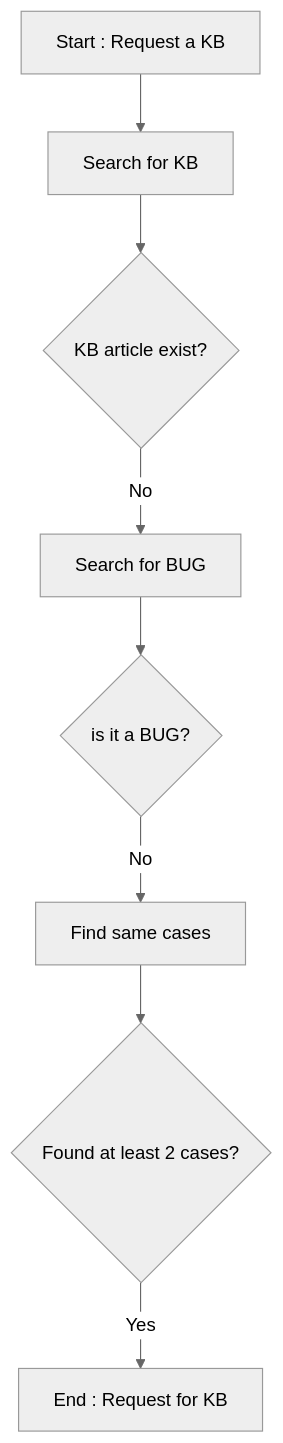
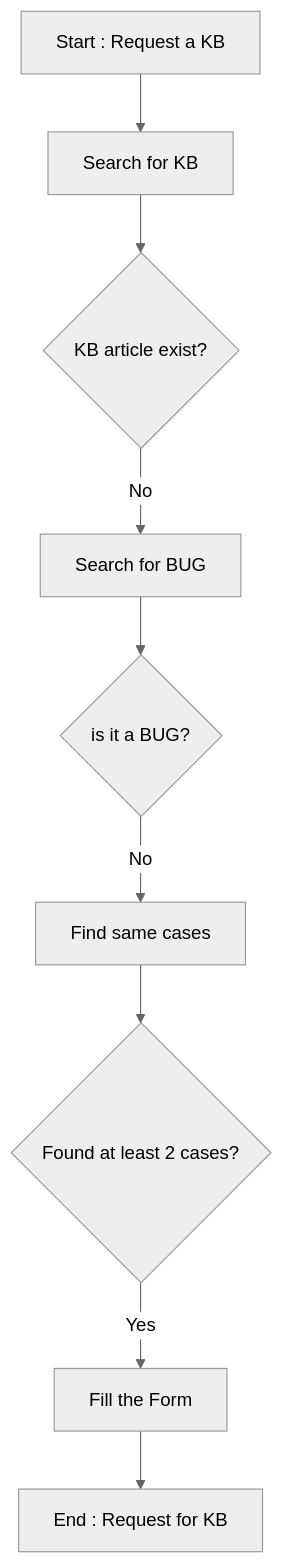
One commit to alexvea/KB changed the first of 4 diagrams in README.md. Above: the diagram before and after it, drawn with Mermaid (neutral theme). The commit also changed other lines of this file, not shown here.

````diff
--- a/README.md
+++ b/README.md
@@ -134,10 +134,11 @@
 ```mermaid
 flowchart TD
 A[Start : Request a KB] --> B[Search for KB];
 B[Search for KB] --> C{KB article exist?};
 C -- No --> D[Search for BUG];
 D[Search for BUG] --> E{is it a BUG?};
 E -- No --> F[Find same cases];
 F[Find same cases] --> G{Found at least 2 cases?};
-G -- Yes --> H[End : Request for KB];
+G -- Yes --> H[Fill the Form];
+H[Fill the Form] --> I[End : Request for KB];
 ```
````
